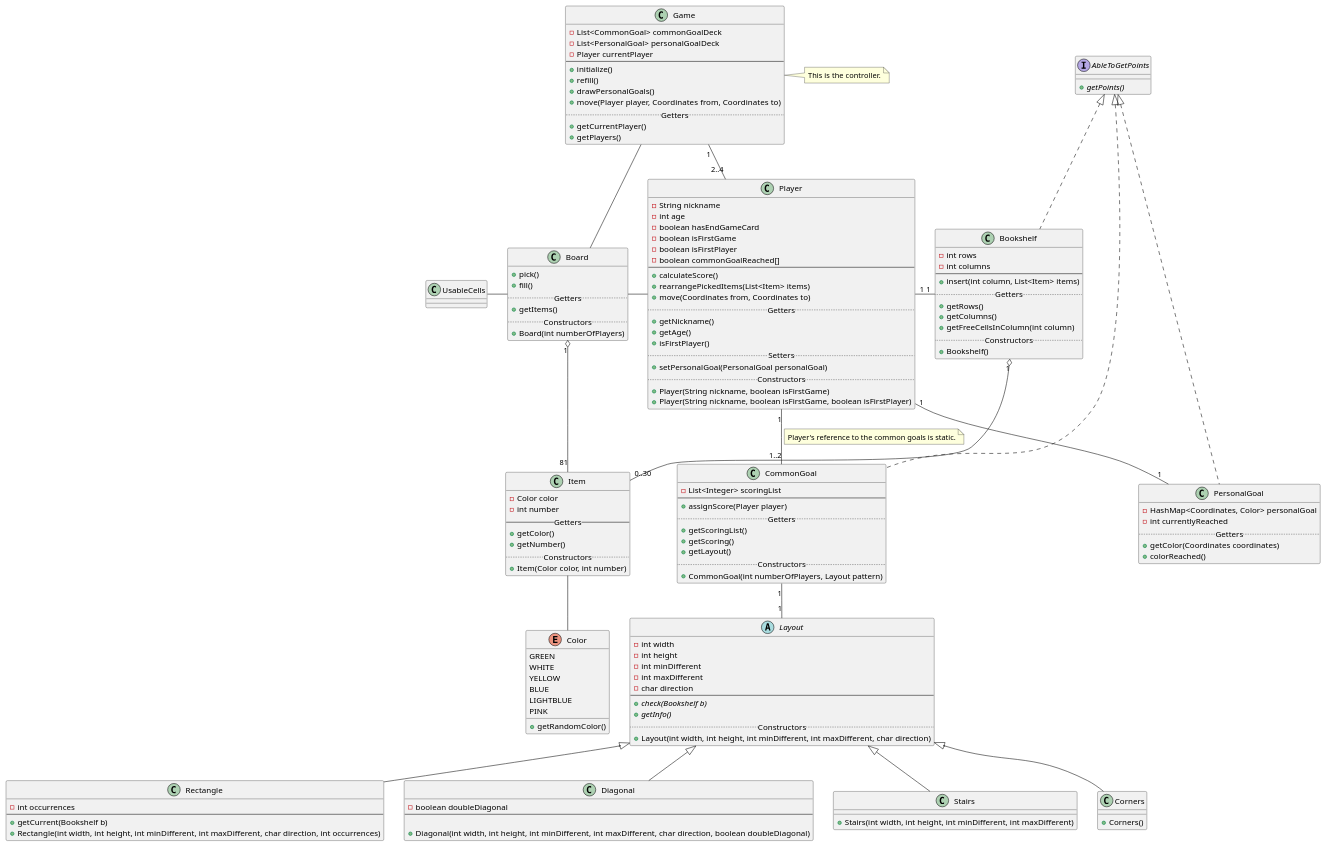
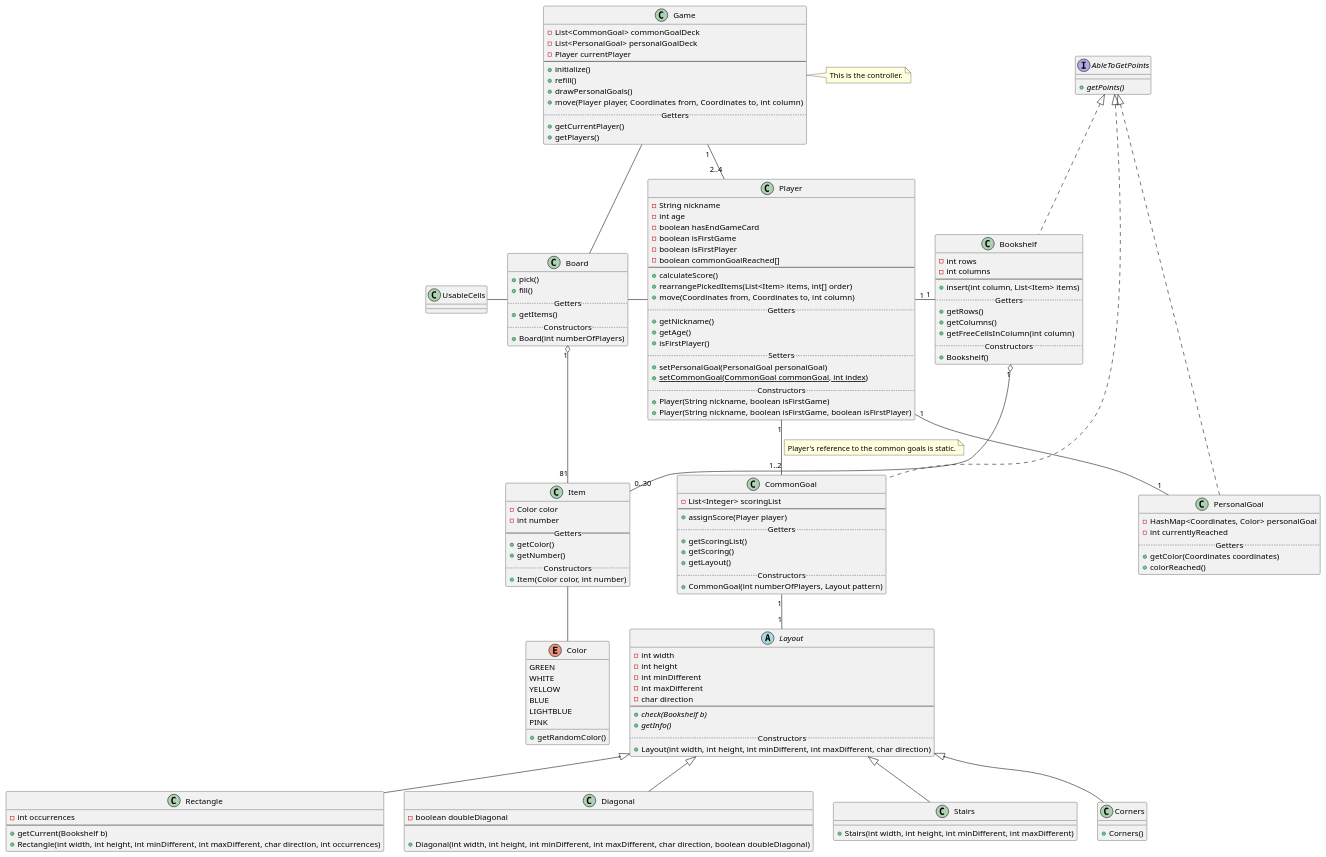
One commit to dltmtt/IS23-AM13 changed the diagram in docs/Initial class diagram.puml. Above: the diagram before and after it, drawn with PlantUML.

Commit message:
Add missing parameters and methods in Player

```diff
--- a/docs/Initial class diagram.puml
+++ b/docs/Initial class diagram.puml
@@ -1,171 +1,172 @@
 @startuml
 'https://plantuml.com/class-diagram
 'https://plantuml.com/commons
 
 Game -- Board
 Game "1" -- "2..4" Player
 Board - Player
 Board -left UsableCells
 Player "1" - "1" Bookshelf
 Player "1" -- "1" PersonalGoal
 Player "1" -- "1..2" CommonGoal
 note on link
     Player's reference to the common goals is static.
 end note
 CommonGoal "1" -- "1" Layout
 Item -- Color
 Board "1" o-- "81" Item
 Bookshelf "1" o-- "0..30" Item
 
 class Game {
     -List<CommonGoal> commonGoalDeck
     -List<PersonalGoal> personalGoalDeck
     -Player currentPlayer
     ----
     +initialize()
     +refill()
     +drawPersonalGoals()
-    +move(Player player, Coordinates from, Coordinates to)
+    +move(Player player, Coordinates from, Coordinates to, int column)
     .. Getters ..
     +getCurrentPlayer()
     +getPlayers()
 }
 
 note right : This is the controller.
 
 class Item {
     -Color color
     -int number
     -- Getters --
     +getColor()
     +getNumber()
     .. Constructors ..
     +Item(Color color, int number)
 }
 
 class Player {
     -String nickname
     -int age
     -boolean hasEndGameCard
     -boolean isFirstGame
     -boolean isFirstPlayer
     -boolean commonGoalReached[]
     ----
     +calculateScore()
-    +rearrangePickedItems(List<Item> items)
-    +move(Coordinates from, Coordinates to)
+    +rearrangePickedItems(List<Item> items, int[] order)
+    +move(Coordinates from, Coordinates to, int column)
     .. Getters ..
     +getNickname()
     +getAge()
     +isFirstPlayer()
     .. Setters ..
     +setPersonalGoal(PersonalGoal personalGoal)
+    +{static} setCommonGoal(CommonGoal commonGoal, int index)
     .. Constructors ..
     +Player(String nickname, boolean isFirstGame)
     +Player(String nickname, boolean isFirstGame, boolean isFirstPlayer)
 }
 
 class Board {
     +pick()
     +fill()
     .. Getters ..
     +getItems()
     .. Constructors ..
     +Board(int numberOfPlayers)
 }
 
 interface AbleToGetPoints {
     +{abstract} getPoints()
 }
 
 class PersonalGoal implements AbleToGetPoints {
     -HashMap<Coordinates, Color> personalGoal
     -int currentlyReached
     .. Getters ..
     +getColor(Coordinates coordinates)
     +colorReached()
 }
 
 note left of PersonalGoal::reached
     It indicates the number of cells filled with the "right color"
 end note
 
 note right of PersonalGoal::goal
     The goal's configuration.
 end note
 
 class CommonGoal implements AbleToGetPoints {
     -List<Integer> scoringList
     ----
     +assignScore(Player player)
     .. Getters ..
     +getScoringList()
     +getScoring()
     +getLayout()
     .. Constructors ..
     +CommonGoal(int numberOfPlayers, Layout pattern)
 }
 
 enum Color {
     GREEN
     WHITE
     YELLOW
     BLUE
     LIGHTBLUE
     PINK
     +getRandomColor()
 }
 
 class Bookshelf implements AbleToGetPoints {
     -int rows
     -int columns
     ----
     +insert(int column, List<Item> items)
     .. Getters ..
     +getRows()
     +getColumns()
     +getFreeCellsInColumn(int column)
     .. Constructors ..
     +Bookshelf()
 }
 
 abstract Layout {
     -int width
     -int height
     -int minDifferent
     -int maxDifferent
     -char direction
     ----
     +{abstract} check(Bookshelf b)
     +{abstract} getInfo()
     .. Constructors ..
     +Layout(int width, int height, int minDifferent, int maxDifferent, char direction)
 }
 
 note right of Layout::getCurrent
     Returns the number of items in the correct position for a specific common goal.
 end note
 
 class Rectangle extends Layout {
     -int occurrences
     ---
     +getCurrent(Bookshelf b)
     +Rectangle(int width, int height, int minDifferent, int maxDifferent, char direction, int occurrences)
 }
 
 class Diagonal extends Layout {
     -boolean doubleDiagonal
     ----
 
     +Diagonal(int width, int height, int minDifferent, int maxDifferent, char direction, boolean doubleDiagonal)
 }
 
 class Stairs extends Layout {
 
     +Stairs(int width, int height, int minDifferent, int maxDifferent)
 }
 
 class Corners extends Layout {
     +Corners()
 }
 @enduml
```
